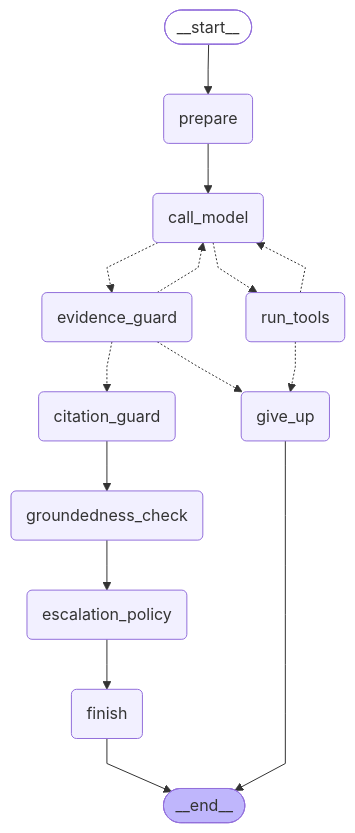
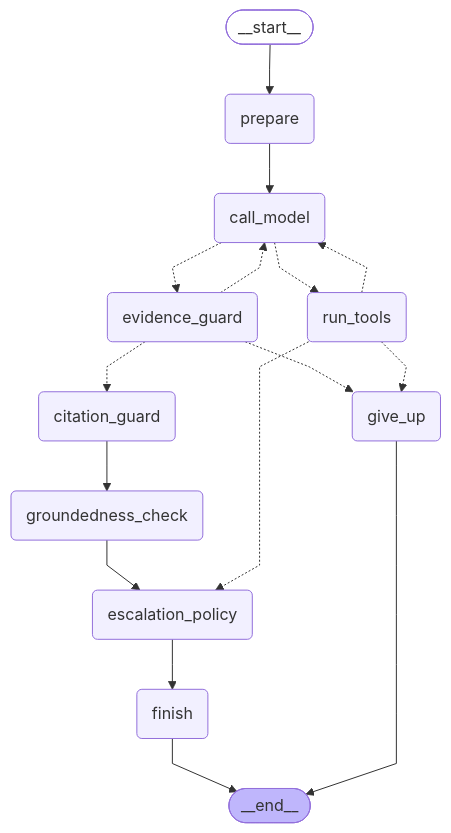
Before and after one commit to jitendraSuwalka/support-bot: the diagram in README.md, drawn with Mermaid. The commit also changed 7 other files, not shown here.

````diff
--- a/README.md
+++ b/README.md
@@ -158,36 +158,37 @@
 ```mermaid
 ---
 config:
   flowchart:
     curve: linear
 ---
 graph TD;
 	__start__([<p>__start__</p>]):::first
 	prepare(prepare)
 	call_model(call_model)
 	run_tools(run_tools)
 	evidence_guard(evidence_guard)
 	citation_guard(citation_guard)
 	groundedness_check(groundedness_check)
 	escalation_policy(escalation_policy)
 	finish(finish)
 	give_up(give_up)
 	__end__([<p>__end__</p>]):::last
 	__start__ --> prepare;
 	call_model -.-> evidence_guard;
 	call_model -.-> run_tools;
 	citation_guard --> groundedness_check;
 	escalation_policy --> finish;
 	evidence_guard -.-> call_model;
 	evidence_guard -.-> citation_guard;
 	evidence_guard -.-> give_up;
 	groundedness_check --> escalation_policy;
 	prepare --> call_model;
 	run_tools -.-> call_model;
+	run_tools -.-> escalation_policy;
 	run_tools -.-> give_up;
 	finish --> __end__;
 	give_up --> __end__;
 	classDef default fill:#f2f0ff,line-height:1.2
 	classDef first fill-opacity:0
 	classDef last fill:#bfb6fc
 ```
````
